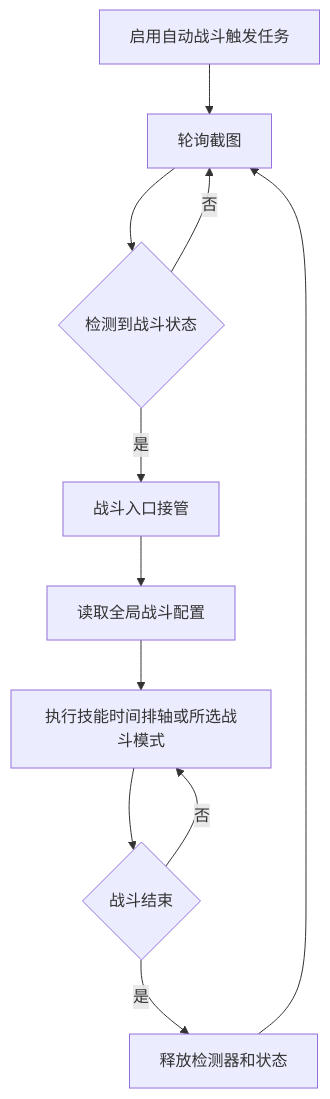
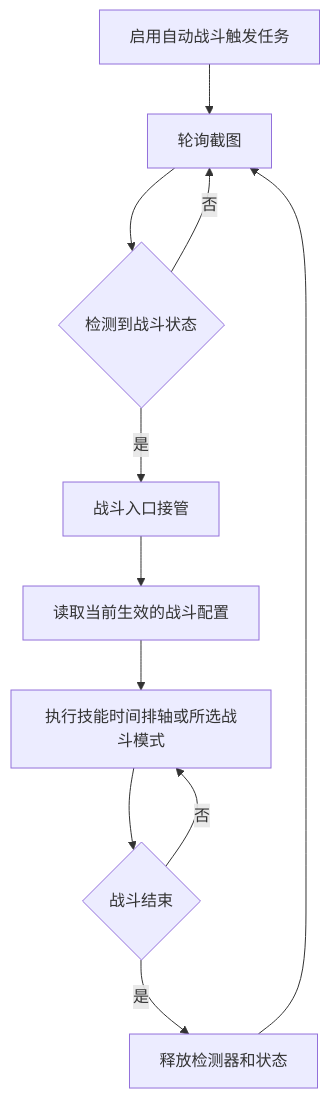
Before and after one commit to AliceJump/ok-end-field: the diagram in docs/zh-CN/自动战斗.md, drawn with Mermaid. The commit also changed other lines of this file and 36 other files, not shown here.

````diff
--- a/docs/zh-CN/自动战斗.md
+++ b/docs/zh-CN/自动战斗.md
@@ -13,13 +16,13 @@
 ```mermaid
 flowchart TD
     A[启用自动战斗触发任务] --> B[轮询截图]
     B --> C{检测到战斗状态}
     C -->|否| B
     C -->|是| D[战斗入口接管]
-    D --> E[读取全局战斗配置]
+    D --> E[读取当前生效的战斗配置]
     E --> F[执行技能时间排轴或所选战斗模式]
     F --> G{战斗结束}
     G -->|否| F
     G -->|是| H[释放检测器和状态]
     H --> B
 ```
````
